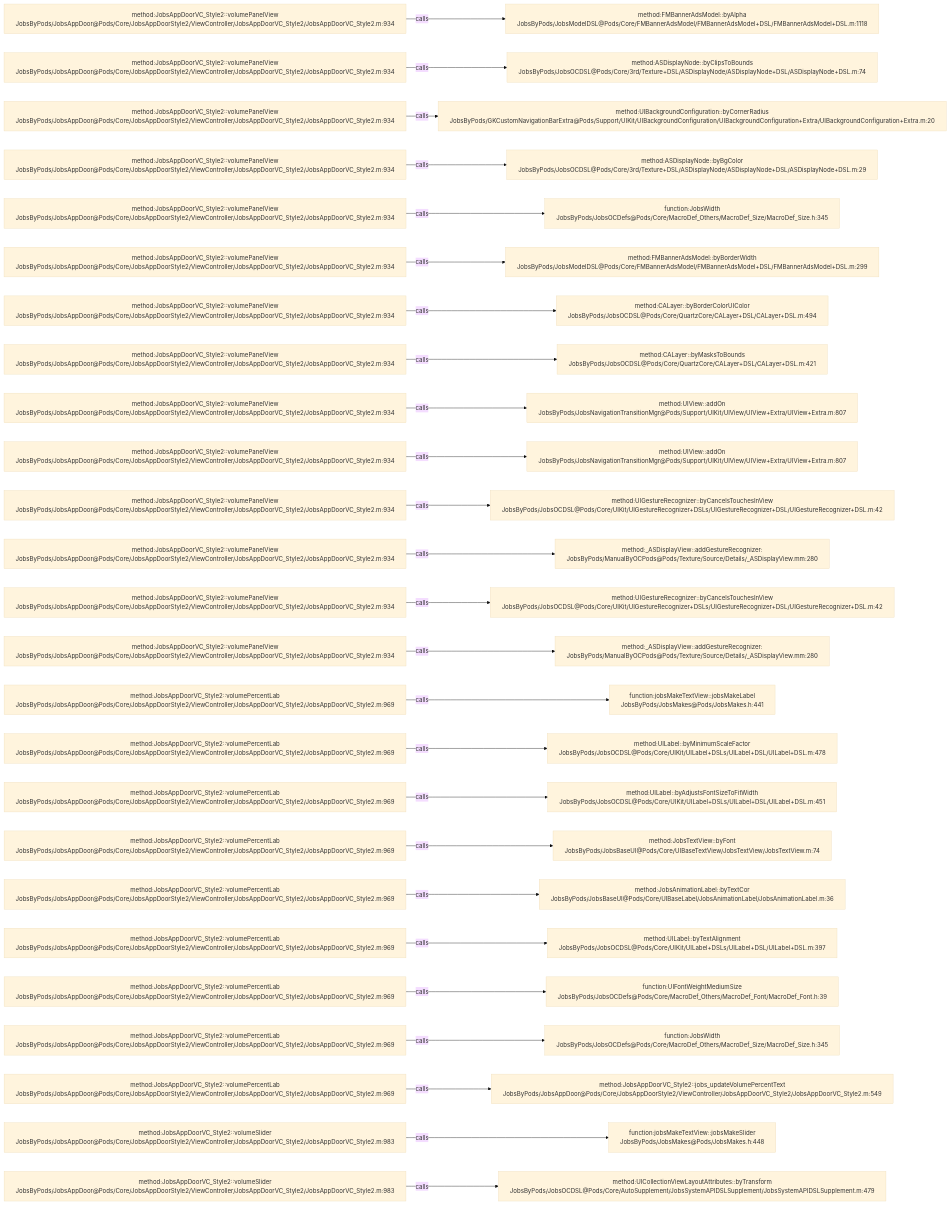
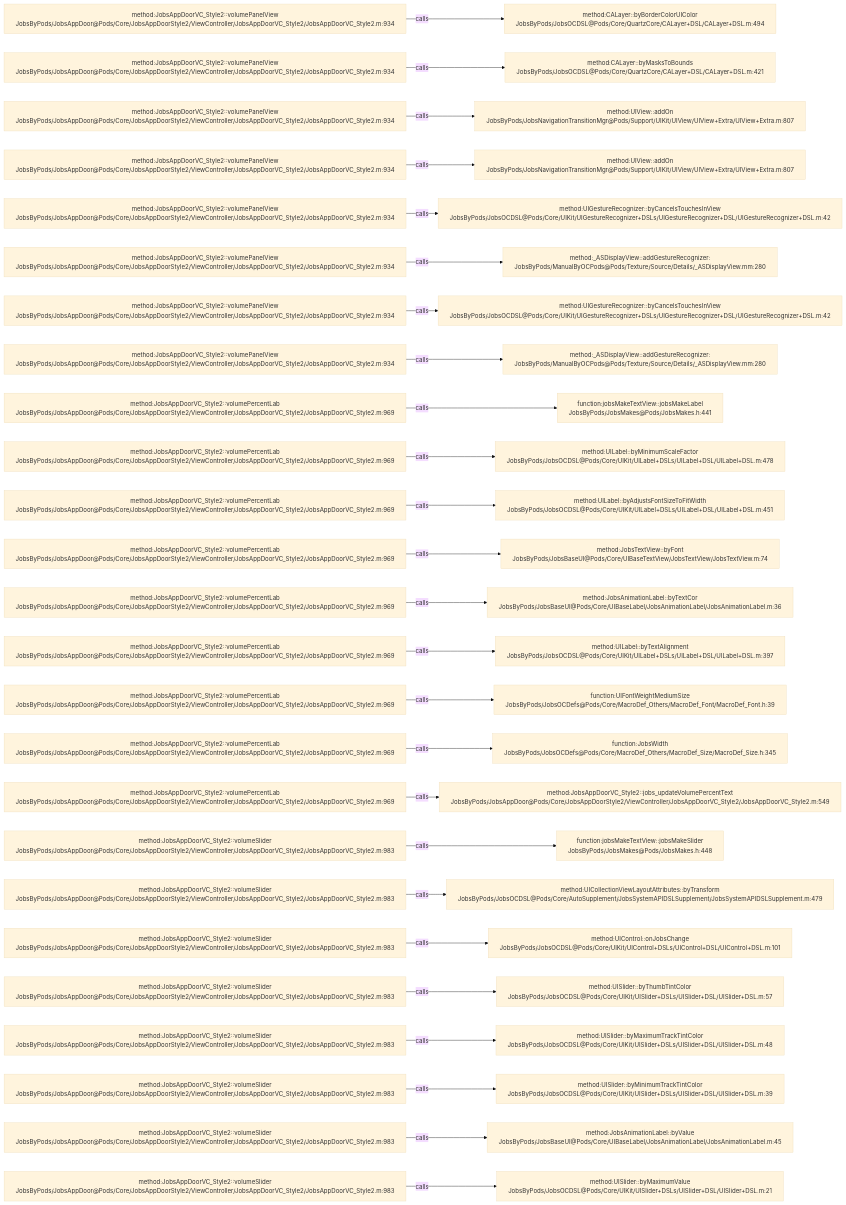
The diagram in .codegraph/codegraph.md/graphs/calls-146.md (JobsKits/JobsOCBaseConfigDemo), drawn with Mermaid (base theme) before and after one commit. The commit also changed 116 other files, not shown here.

````diff
--- a/.codegraph/codegraph.md/graphs/calls-146.md
+++ b/.codegraph/codegraph.md/graphs/calls-146.md
@@ -13,78 +13,78 @@
 ```mermaid
 flowchart LR
   S1["method:JobsAppDoorVC_Style2::volumePanelView<br/>JobsByPods/JobsAppDoor@Pods/Core/JobsAppDoorStyle2/ViewController/JobsAppDoorVC_Style2/JobsAppDoorVC_Style2.m:934"]
-  T1["method:FMBannerAdsModel::byAlpha<br/>JobsByPods/JobsModelDSL@Pods/Core/FMBannerAdsModel/FMBannerAdsModel+DSL/FMBannerAdsModel+DSL.m:1118"]
+  T1["method:CALayer::byBorderColorUIColor<br/>JobsByPods/JobsOCDSL@Pods/Core/QuartzCore/CALayer+DSL/CALayer+DSL.m:494"]
   S1 -->|calls| T1
   S2["method:JobsAppDoorVC_Style2::volumePanelView<br/>JobsByPods/JobsAppDoor@Pods/Core/JobsAppDoorStyle2/ViewController/JobsAppDoorVC_Style2/JobsAppDoorVC_Style2.m:934"]
-  T2["method:ASDisplayNode::byClipsToBounds<br/>JobsByPods/JobsOCDSL@Pods/Core/3rd/Texture+DSL/ASDisplayNode/ASDisplayNode+DSL/ASDisplayNode+DSL.m:74"]
+  T2["method:CALayer::byMasksToBounds<br/>JobsByPods/JobsOCDSL@Pods/Core/QuartzCore/CALayer+DSL/CALayer+DSL.m:421"]
   S2 -->|calls| T2
   S3["method:JobsAppDoorVC_Style2::volumePanelView<br/>JobsByPods/JobsAppDoor@Pods/Core/JobsAppDoorStyle2/ViewController/JobsAppDoorVC_Style2/JobsAppDoorVC_Style2.m:934"]
-  T3["method:UIBackgroundConfiguration::byCornerRadius<br/>JobsByPods/GKCustomNavigationBarExtra@Pods/Support/UIKit/UIBackgroundConfiguration/UIBackgroundConfiguration+Extra/UIBackgroundConfiguration+Extra.m:20"]
+  T3["method:UIView::addOn<br/>JobsByPods/JobsNavigationTransitionMgr@Pods/Support/UIKit/UIView/UIView+Extra/UIView+Extra.m:807"]
   S3 -->|calls| T3
   S4["method:JobsAppDoorVC_Style2::volumePanelView<br/>JobsByPods/JobsAppDoor@Pods/Core/JobsAppDoorStyle2/ViewController/JobsAppDoorVC_Style2/JobsAppDoorVC_Style2.m:934"]
-  T4["method:ASDisplayNode::byBgColor<br/>JobsByPods/JobsOCDSL@Pods/Core/3rd/Texture+DSL/ASDisplayNode/ASDisplayNode+DSL/ASDisplayNode+DSL.m:29"]
+  T4["method:UIView::addOn<br/>JobsByPods/JobsNavigationTransitionMgr@Pods/Support/UIKit/UIView/UIView+Extra/UIView+Extra.m:807"]
   S4 -->|calls| T4
   S5["method:JobsAppDoorVC_Style2::volumePanelView<br/>JobsByPods/JobsAppDoor@Pods/Core/JobsAppDoorStyle2/ViewController/JobsAppDoorVC_Style2/JobsAppDoorVC_Style2.m:934"]
-  T5["function:JobsWidth<br/>JobsByPods/JobsOCDefs@Pods/Core/MacroDef_Others/MacroDef_Size/MacroDef_Size.h:345"]
+  T5["method:UIGestureRecognizer::byCancelsTouchesInView<br/>JobsByPods/JobsOCDSL@Pods/Core/UIKit/UIGestureRecognizer+DSLs/UIGestureRecognizer+DSL/UIGestureRecognizer+DSL.m:42"]
   S5 -->|calls| T5
   S6["method:JobsAppDoorVC_Style2::volumePanelView<br/>JobsByPods/JobsAppDoor@Pods/Core/JobsAppDoorStyle2/ViewController/JobsAppDoorVC_Style2/JobsAppDoorVC_Style2.m:934"]
-  T6["method:FMBannerAdsModel::byBorderWidth<br/>JobsByPods/JobsModelDSL@Pods/Core/FMBannerAdsModel/FMBannerAdsModel+DSL/FMBannerAdsModel+DSL.m:299"]
+  T6["method:_ASDisplayView::addGestureRecognizer:<br/>JobsByPods/ManualByOCPods@Pods/Texture/Source/Details/_ASDisplayView.mm:280"]
   S6 -->|calls| T6
   S7["method:JobsAppDoorVC_Style2::volumePanelView<br/>JobsByPods/JobsAppDoor@Pods/Core/JobsAppDoorStyle2/ViewController/JobsAppDoorVC_Style2/JobsAppDoorVC_Style2.m:934"]
-  T7["method:CALayer::byBorderColorUIColor<br/>JobsByPods/JobsOCDSL@Pods/Core/QuartzCore/CALayer+DSL/CALayer+DSL.m:494"]
+  T7["method:UIGestureRecognizer::byCancelsTouchesInView<br/>JobsByPods/JobsOCDSL@Pods/Core/UIKit/UIGestureRecognizer+DSLs/UIGestureRecognizer+DSL/UIGestureRecognizer+DSL.m:42"]
   S7 -->|calls| T7
   S8["method:JobsAppDoorVC_Style2::volumePanelView<br/>JobsByPods/JobsAppDoor@Pods/Core/JobsAppDoorStyle2/ViewController/JobsAppDoorVC_Style2/JobsAppDoorVC_Style2.m:934"]
-  T8["method:CALayer::byMasksToBounds<br/>JobsByPods/JobsOCDSL@Pods/Core/QuartzCore/CALayer+DSL/CALayer+DSL.m:421"]
+  T8["method:_ASDisplayView::addGestureRecognizer:<br/>JobsByPods/ManualByOCPods@Pods/Texture/Source/Details/_ASDisplayView.mm:280"]
   S8 -->|calls| T8
-  S9["method:JobsAppDoorVC_Style2::volumePanelView<br/>JobsByPods/JobsAppDoor@Pods/Core/JobsAppDoorStyle2/ViewController/JobsAppDoorVC_Style2/JobsAppDoorVC_Style2.m:934"]
-  T9["method:UIView::addOn<br/>JobsByPods/JobsNavigationTransitionMgr@Pods/Support/UIKit/UIView/UIView+Extra/UIView+Extra.m:807"]
+  S9["method:JobsAppDoorVC_Style2::volumePercentLab<br/>JobsByPods/JobsAppDoor@Pods/Core/JobsAppDoorStyle2/ViewController/JobsAppDoorVC_Style2/JobsAppDoorVC_Style2.m:969"]
+  T9["function:jobsMakeTextView::jobsMakeLabel<br/>JobsByPods/JobsMakes@Pods/JobsMakes.h:441"]
   S9 -->|calls| T9
-  S10["method:JobsAppDoorVC_Style2::volumePanelView<br/>JobsByPods/JobsAppDoor@Pods/Core/JobsAppDoorStyle2/ViewController/JobsAppDoorVC_Style2/JobsAppDoorVC_Style2.m:934"]
-  T10["method:UIView::addOn<br/>JobsByPods/JobsNavigationTransitionMgr@Pods/Support/UIKit/UIView/UIView+Extra/UIView+Extra.m:807"]
+  S10["method:JobsAppDoorVC_Style2::volumePercentLab<br/>JobsByPods/JobsAppDoor@Pods/Core/JobsAppDoorStyle2/ViewController/JobsAppDoorVC_Style2/JobsAppDoorVC_Style2.m:969"]
+  T10["method:UILabel::byMinimumScaleFactor<br/>JobsByPods/JobsOCDSL@Pods/Core/UIKit/UILabel+DSLs/UILabel+DSL/UILabel+DSL.m:478"]
   S10 -->|calls| T10
-  S11["method:JobsAppDoorVC_Style2::volumePanelView<br/>JobsByPods/JobsAppDoor@Pods/Core/JobsAppDoorStyle2/ViewController/JobsAppDoorVC_Style2/JobsAppDoorVC_Style2.m:934"]
-  T11["method:UIGestureRecognizer::byCancelsTouchesInView<br/>JobsByPods/JobsOCDSL@Pods/Core/UIKit/UIGestureRecognizer+DSLs/UIGestureRecognizer+DSL/UIGestureRecognizer+DSL.m:42"]
+  S11["method:JobsAppDoorVC_Style2::volumePercentLab<br/>JobsByPods/JobsAppDoor@Pods/Core/JobsAppDoorStyle2/ViewController/JobsAppDoorVC_Style2/JobsAppDoorVC_Style2.m:969"]
+  T11["method:UILabel::byAdjustsFontSizeToFitWidth<br/>JobsByPods/JobsOCDSL@Pods/Core/UIKit/UILabel+DSLs/UILabel+DSL/UILabel+DSL.m:451"]
   S11 -->|calls| T11
-  S12["method:JobsAppDoorVC_Style2::volumePanelView<br/>JobsByPods/JobsAppDoor@Pods/Core/JobsAppDoorStyle2/ViewController/JobsAppDoorVC_Style2/JobsAppDoorVC_Style2.m:934"]
-  T12["method:_ASDisplayView::addGestureRecognizer:<br/>JobsByPods/ManualByOCPods@Pods/Texture/Source/Details/_ASDisplayView.mm:280"]
+  S12["method:JobsAppDoorVC_Style2::volumePercentLab<br/>JobsByPods/JobsAppDoor@Pods/Core/JobsAppDoorStyle2/ViewController/JobsAppDoorVC_Style2/JobsAppDoorVC_Style2.m:969"]
+  T12["method:JobsTextView::byFont<br/>JobsByPods/JobsBaseUI@Pods/Core/UIBaseTextView/JobsTextView/JobsTextView.m:74"]
   S12 -->|calls| T12
-  S13["method:JobsAppDoorVC_Style2::volumePanelView<br/>JobsByPods/JobsAppDoor@Pods/Core/JobsAppDoorStyle2/ViewController/JobsAppDoorVC_Style2/JobsAppDoorVC_Style2.m:934"]
-  T13["method:UIGestureRecognizer::byCancelsTouchesInView<br/>JobsByPods/JobsOCDSL@Pods/Core/UIKit/UIGestureRecognizer+DSLs/UIGestureRecognizer+DSL/UIGestureRecognizer+DSL.m:42"]
+  S13["method:JobsAppDoorVC_Style2::volumePercentLab<br/>JobsByPods/JobsAppDoor@Pods/Core/JobsAppDoorStyle2/ViewController/JobsAppDoorVC_Style2/JobsAppDoorVC_Style2.m:969"]
+  T13["method:JobsAnimationLabel::byTextCor<br/>JobsByPods/JobsBaseUI@Pods/Core/UIBaseLabel/JobsAnimationLabel/JobsAnimationLabel.m:36"]
   S13 -->|calls| T13
-  S14["method:JobsAppDoorVC_Style2::volumePanelView<br/>JobsByPods/JobsAppDoor@Pods/Core/JobsAppDoorStyle2/ViewController/JobsAppDoorVC_Style2/JobsAppDoorVC_Style2.m:934"]
-  T14["method:_ASDisplayView::addGestureRecognizer:<br/>JobsByPods/ManualByOCPods@Pods/Texture/Source/Details/_ASDisplayView.mm:280"]
+  S14["method:JobsAppDoorVC_Style2::volumePercentLab<br/>JobsByPods/JobsAppDoor@Pods/Core/JobsAppDoorStyle2/ViewController/JobsAppDoorVC_Style2/JobsAppDoorVC_Style2.m:969"]
+  T14["method:UILabel::byTextAlignment<br/>JobsByPods/JobsOCDSL@Pods/Core/UIKit/UILabel+DSLs/UILabel+DSL/UILabel+DSL.m:397"]
   S14 -->|calls| T14
   S15["method:JobsAppDoorVC_Style2::volumePercentLab<br/>JobsByPods/JobsAppDoor@Pods/Core/JobsAppDoorStyle2/ViewController/JobsAppDoorVC_Style2/JobsAppDoorVC_Style2.m:969"]
-  T15["function:jobsMakeTextView::jobsMakeLabel<br/>JobsByPods/JobsMakes@Pods/JobsMakes.h:441"]
+  T15["function:UIFontWeightMediumSize<br/>JobsByPods/JobsOCDefs@Pods/Core/MacroDef_Others/MacroDef_Font/MacroDef_Font.h:39"]
   S15 -->|calls| T15
   S16["method:JobsAppDoorVC_Style2::volumePercentLab<br/>JobsByPods/JobsAppDoor@Pods/Core/JobsAppDoorStyle2/ViewController/JobsAppDoorVC_Style2/JobsAppDoorVC_Style2.m:969"]
-  T16["method:UILabel::byMinimumScaleFactor<br/>JobsByPods/JobsOCDSL@Pods/Core/UIKit/UILabel+DSLs/UILabel+DSL/UILabel+DSL.m:478"]
+  T16["function:JobsWidth<br/>JobsByPods/JobsOCDefs@Pods/Core/MacroDef_Others/MacroDef_Size/MacroDef_Size.h:345"]
   S16 -->|calls| T16
   S17["method:JobsAppDoorVC_Style2::volumePercentLab<br/>JobsByPods/JobsAppDoor@Pods/Core/JobsAppDoorStyle2/ViewController/JobsAppDoorVC_Style2/JobsAppDoorVC_Style2.m:969"]
-  T17["method:UILabel::byAdjustsFontSizeToFitWidth<br/>JobsByPods/JobsOCDSL@Pods/Core/UIKit/UILabel+DSLs/UILabel+DSL/UILabel+DSL.m:451"]
+  T17["method:JobsAppDoorVC_Style2::jobs_updateVolumePercentText<br/>JobsByPods/JobsAppDoor@Pods/Core/JobsAppDoorStyle2/ViewController/JobsAppDoorVC_Style2/JobsAppDoorVC_Style2.m:549"]
   S17 -->|calls| T17
-  S18["method:JobsAppDoorVC_Style2::volumePercentLab<br/>JobsByPods/JobsAppDoor@Pods/Core/JobsAppDoorStyle2/ViewController/JobsAppDoorVC_Style2/JobsAppDoorVC_Style2.m:969"]
-  T18["method:JobsTextView::byFont<br/>JobsByPods/JobsBaseUI@Pods/Core/UIBaseTextView/JobsTextView/JobsTextView.m:74"]
+  S18["method:JobsAppDoorVC_Style2::volumeSlider<br/>JobsByPods/JobsAppDoor@Pods/Core/JobsAppDoorStyle2/ViewController/JobsAppDoorVC_Style2/JobsAppDoorVC_Style2.m:983"]
+  T18["function:jobsMakeTextView::jobsMakeSlider<br/>JobsByPods/JobsMakes@Pods/JobsMakes.h:448"]
   S18 -->|calls| T18
-  S19["method:JobsAppDoorVC_Style2::volumePercentLab<br/>JobsByPods/JobsAppDoor@Pods/Core/JobsAppDoorStyle2/ViewController/JobsAppDoorVC_Style2/JobsAppDoorVC_Style2.m:969"]
-  T19["method:JobsAnimationLabel::byTextCor<br/>JobsByPods/JobsBaseUI@Pods/Core/UIBaseLabel/JobsAnimationLabel/JobsAnimationLabel.m:36"]
+  S19["method:JobsAppDoorVC_Style2::volumeSlider<br/>JobsByPods/JobsAppDoor@Pods/Core/JobsAppDoorStyle2/ViewController/JobsAppDoorVC_Style2/JobsAppDoorVC_Style2.m:983"]
+  T19["method:UICollectionViewLayoutAttributes::byTransform<br/>JobsByPods/JobsOCDSL@Pods/Core/AutoSupplement/JobsSystemAPIDSLSupplement/JobsSystemAPIDSLSupplement.m:479"]
   S19 -->|calls| T19
-  S20["method:JobsAppDoorVC_Style2::volumePercentLab<br/>JobsByPods/JobsAppDoor@Pods/Core/JobsAppDoorStyle2/ViewController/JobsAppDoorVC_Style2/JobsAppDoorVC_Style2.m:969"]
-  T20["method:UILabel::byTextAlignment<br/>JobsByPods/JobsOCDSL@Pods/Core/UIKit/UILabel+DSLs/UILabel+DSL/UILabel+DSL.m:397"]
+  S20["method:JobsAppDoorVC_Style2::volumeSlider<br/>JobsByPods/JobsAppDoor@Pods/Core/JobsAppDoorStyle2/ViewController/JobsAppDoorVC_Style2/JobsAppDoorVC_Style2.m:983"]
+  T20["method:UIControl::onJobsChange<br/>JobsByPods/JobsOCDSL@Pods/Core/UIKit/UIControl+DSLs/UIControl+DSL/UIControl+DSL.m:101"]
   S20 -->|calls| T20
-  S21["method:JobsAppDoorVC_Style2::volumePercentLab<br/>JobsByPods/JobsAppDoor@Pods/Core/JobsAppDoorStyle2/ViewController/JobsAppDoorVC_Style2/JobsAppDoorVC_Style2.m:969"]
-  T21["function:UIFontWeightMediumSize<br/>JobsByPods/JobsOCDefs@Pods/Core/MacroDef_Others/MacroDef_Font/MacroDef_Font.h:39"]
+  S21["method:JobsAppDoorVC_Style2::volumeSlider<br/>JobsByPods/JobsAppDoor@Pods/Core/JobsAppDoorStyle2/ViewController/JobsAppDoorVC_Style2/JobsAppDoorVC_Style2.m:983"]
+  T21["method:UISlider::byThumbTintColor<br/>JobsByPods/JobsOCDSL@Pods/Core/UIKit/UISlider+DSLs/UISlider+DSL/UISlider+DSL.m:57"]
   S21 -->|calls| T21
-  S22["method:JobsAppDoorVC_Style2::volumePercentLab<br/>JobsByPods/JobsAppDoor@Pods/Core/JobsAppDoorStyle2/ViewController/JobsAppDoorVC_Style2/JobsAppDoorVC_Style2.m:969"]
-  T22["function:JobsWidth<br/>JobsByPods/JobsOCDefs@Pods/Core/MacroDef_Others/MacroDef_Size/MacroDef_Size.h:345"]
+  S22["method:JobsAppDoorVC_Style2::volumeSlider<br/>JobsByPods/JobsAppDoor@Pods/Core/JobsAppDoorStyle2/ViewController/JobsAppDoorVC_Style2/JobsAppDoorVC_Style2.m:983"]
+  T22["method:UISlider::byMaximumTrackTintColor<br/>JobsByPods/JobsOCDSL@Pods/Core/UIKit/UISlider+DSLs/UISlider+DSL/UISlider+DSL.m:48"]
   S22 -->|calls| T22
-  S23["method:JobsAppDoorVC_Style2::volumePercentLab<br/>JobsByPods/JobsAppDoor@Pods/Core/JobsAppDoorStyle2/ViewController/JobsAppDoorVC_Style2/JobsAppDoorVC_Style2.m:969"]
-  T23["method:JobsAppDoorVC_Style2::jobs_updateVolumePercentText<br/>JobsByPods/JobsAppDoor@Pods/Core/JobsAppDoorStyle2/ViewController/JobsAppDoorVC_Style2/JobsAppDoorVC_Style2.m:549"]
+  S23["method:JobsAppDoorVC_Style2::volumeSlider<br/>JobsByPods/JobsAppDoor@Pods/Core/JobsAppDoorStyle2/ViewController/JobsAppDoorVC_Style2/JobsAppDoorVC_Style2.m:983"]
+  T23["method:UISlider::byMinimumTrackTintColor<br/>JobsByPods/JobsOCDSL@Pods/Core/UIKit/UISlider+DSLs/UISlider+DSL/UISlider+DSL.m:39"]
   S23 -->|calls| T23
   S24["method:JobsAppDoorVC_Style2::volumeSlider<br/>JobsByPods/JobsAppDoor@Pods/Core/JobsAppDoorStyle2/ViewController/JobsAppDoorVC_Style2/JobsAppDoorVC_Style2.m:983"]
-  T24["function:jobsMakeTextView::jobsMakeSlider<br/>JobsByPods/JobsMakes@Pods/JobsMakes.h:448"]
+  T24["method:JobsAnimationLabel::byValue<br/>JobsByPods/JobsBaseUI@Pods/Core/UIBaseLabel/JobsAnimationLabel/JobsAnimationLabel.m:45"]
   S24 -->|calls| T24
   S25["method:JobsAppDoorVC_Style2::volumeSlider<br/>JobsByPods/JobsAppDoor@Pods/Core/JobsAppDoorStyle2/ViewController/JobsAppDoorVC_Style2/JobsAppDoorVC_Style2.m:983"]
-  T25["method:UICollectionViewLayoutAttributes::byTransform<br/>JobsByPods/JobsOCDSL@Pods/Core/AutoSupplement/JobsSystemAPIDSLSupplement/JobsSystemAPIDSLSupplement.m:479"]
+  T25["method:UISlider::byMaximumValue<br/>JobsByPods/JobsOCDSL@Pods/Core/UIKit/UISlider+DSLs/UISlider+DSL/UISlider+DSL.m:21"]
   S25 -->|calls| T25
 ```
````
